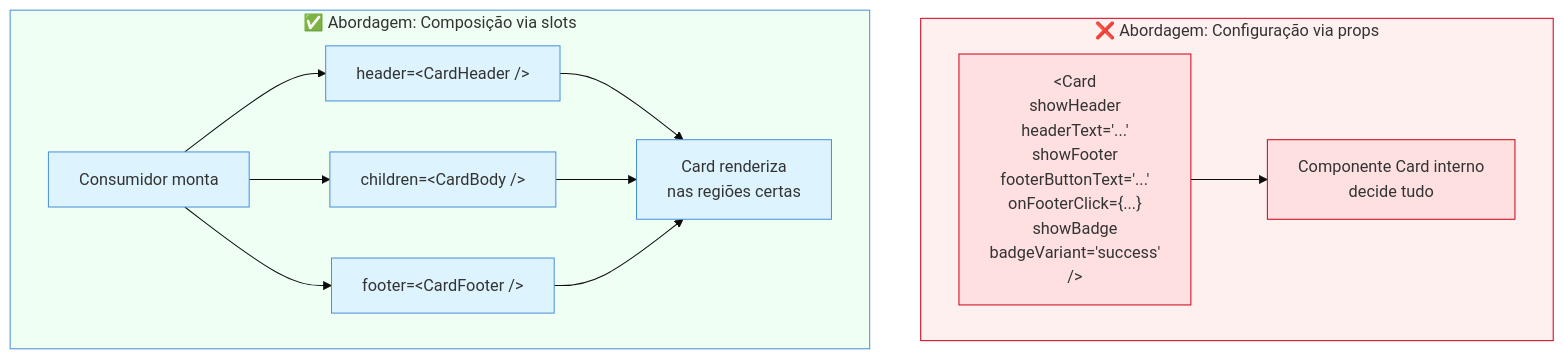
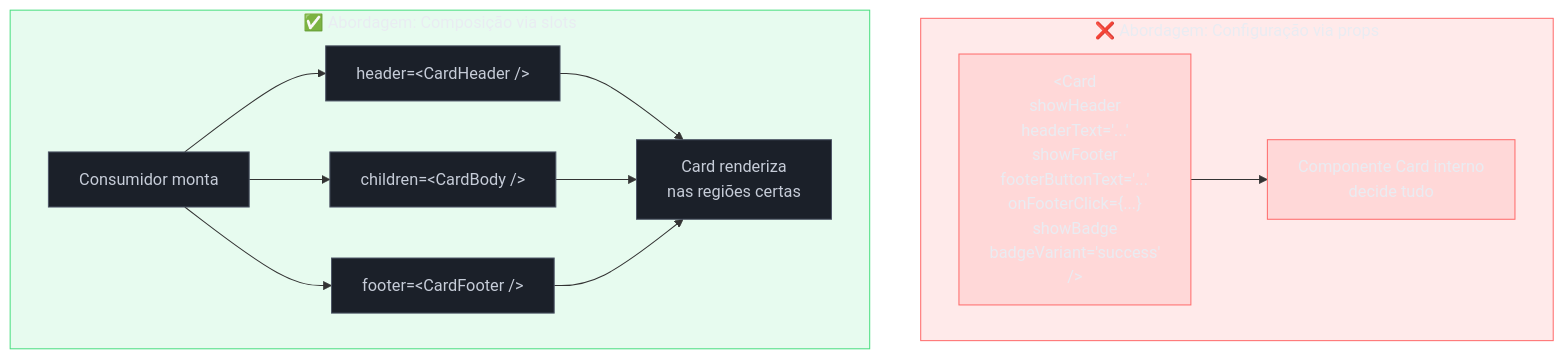
One commit to josenaldo/codex-technomanticus changed the diagram in 03-Dominios/Tecnologia/React/Design Patterns/06 - Composição - slots, layout e children-as-API.md. Above: the diagram before and after it, drawn with Mermaid. The commit also changed 1181 other files, not shown here.

First line of the commit message:
fix(diagramas): paleta do sistema no lugar de cor cravada no markdown

````diff
--- a/03-Dominios/Tecnologia/React/Design Patterns/06 - Composição - slots, layout e children-as-API.md
+++ b/03-Dominios/Tecnologia/React/Design Patterns/06 - Composição - slots, layout e children-as-API.md
@@ -342,34 +342,36 @@
 ```mermaid
-%%{init: {"theme": "base", "themeVariables": {"primaryColor": "#4A90D9", "edgeLabelBackground": "#ffffff"}}}%%
 graph TD
+    classDef falha fill:#FF6B6B24,stroke:#FF6B6B,color:#E9ECF2
+    classDef ok fill:#4ADE8021,stroke:#4ADE80,color:#E9ECF2
+    classDef neutro fill:#1B2029,stroke:#4E5666,color:#C6CCD8
     subgraph CONFIG["❌ Abordagem: Configuração via props"]
         C1["&lt;Card
   showHeader
   headerText='...'
   showFooter
   footerButtonText='...'
   onFooterClick={...}
   showBadge
   badgeVariant='success'
 /&gt;"] --> C2["Componente Card interno
 decide tudo"]
     end
 
     subgraph COMP["✅ Abordagem: Composição via slots"]
         P1["Consumidor monta"] --> S1["header=&lt;CardHeader /&gt;"]
         P1 --> S2["children=&lt;CardBody /&gt;"]
         P1 --> S3["footer=&lt;CardFooter /&gt;"]
         S1 & S2 & S3 --> R1["Card renderiza
 nas regiões certas"]
     end
 
-    style CONFIG fill:#fff0f0,stroke:#D0021B,color:#333
-    style COMP fill:#f0fff4,stroke:#4A90D9,color:#333
-    style C1 fill:#ffe0e0,stroke:#D0021B,color:#333
-    style C2 fill:#ffe0e0,stroke:#D0021B,color:#333
-    style P1 fill:#ddf4ff,stroke:#4A90D9,color:#333
-    style S1 fill:#ddf4ff,stroke:#4A90D9,color:#333
-    style S2 fill:#ddf4ff,stroke:#4A90D9,color:#333
-    style S3 fill:#ddf4ff,stroke:#4A90D9,color:#333
-    style R1 fill:#ddf4ff,stroke:#4A90D9,color:#333
+    class CONFIG falha
+    class COMP ok
+    class C1 falha
+    class C2 falha
+    class P1 neutro
+    class S1 neutro
+    class S2 neutro
+    class S3 neutro
+    class R1 neutro
 ```
````
